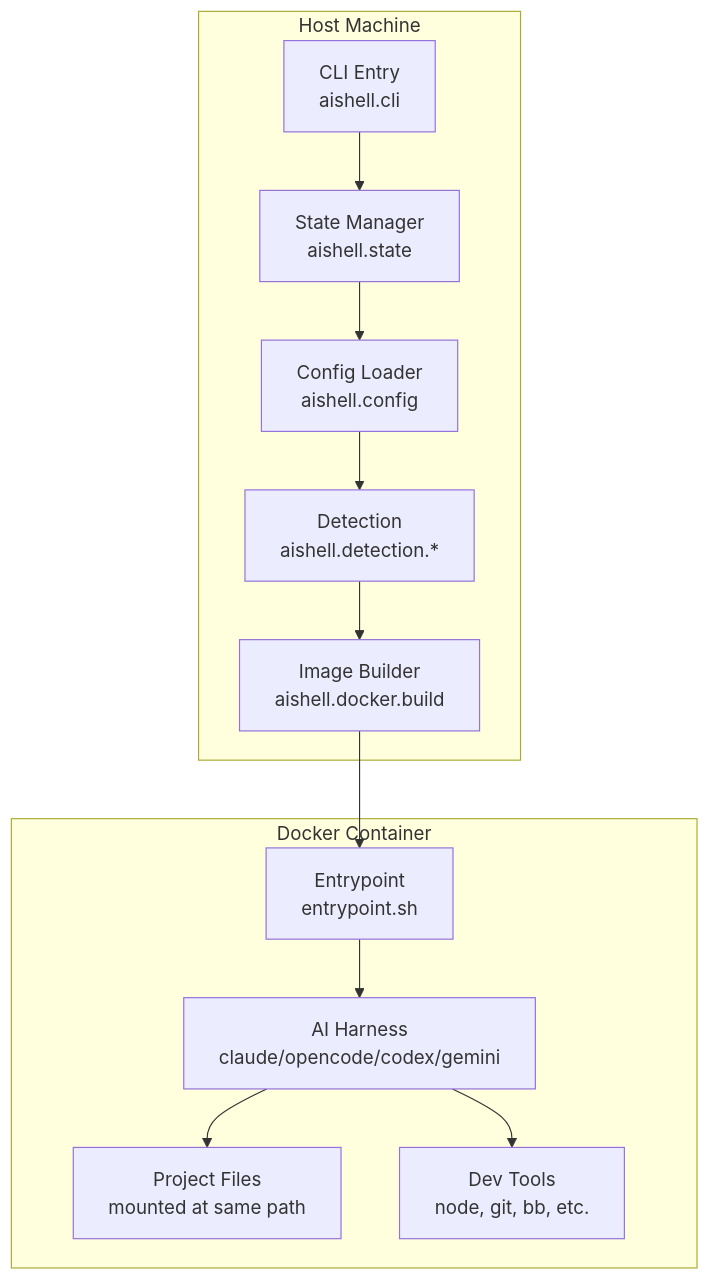
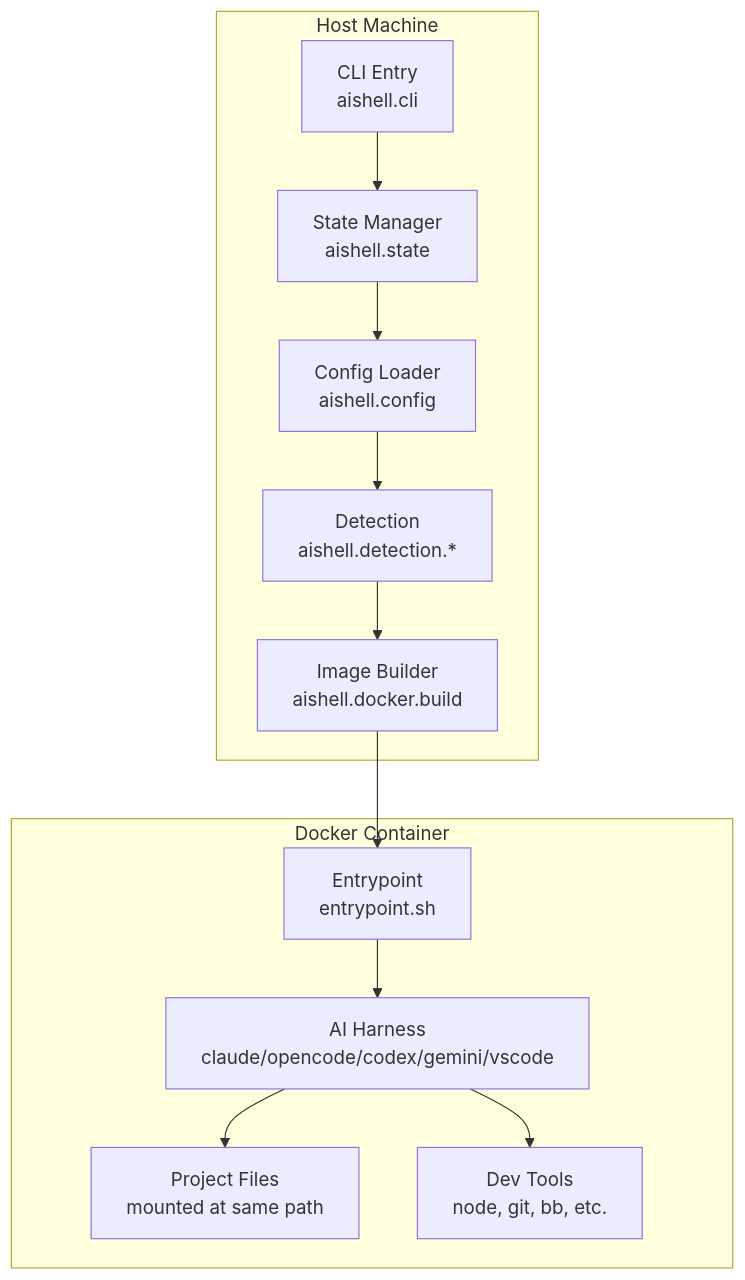
One commit to UniSoma/aishell changed the diagram in docs/ARCHITECTURE.md. Above: the diagram before and after it, drawn with Mermaid. The commit also changed other lines of this file and 6 other files, not shown here.

````diff
--- a/docs/ARCHITECTURE.md
+++ b/docs/ARCHITECTURE.md
@@ -27,26 +27,26 @@
 ```mermaid
 graph TB
     subgraph Host["Host Machine"]
         CLI[CLI Entry<br/>aishell.cli]
         State[State Manager<br/>aishell.state]
         Config[Config Loader<br/>aishell.config]
         Detection[Detection<br/>aishell.detection.*]
         Build[Image Builder<br/>aishell.docker.build]
     end
 
     subgraph Docker["Docker Container"]
         Entry[Entrypoint<br/>entrypoint.sh]
-        Harness[AI Harness<br/>claude/opencode/codex/gemini]
+        Harness[AI Harness<br/>claude/opencode/codex/gemini/vscode]
         Project[Project Files<br/>mounted at same path]
         Tools[Dev Tools<br/>node, git, bb, etc.]
     end
 
     CLI --> State
     State --> Config
     Config --> Detection
     Detection --> Build
     Build --> Entry
     Entry --> Harness
     Harness --> Project
     Harness --> Tools
 ```
````
